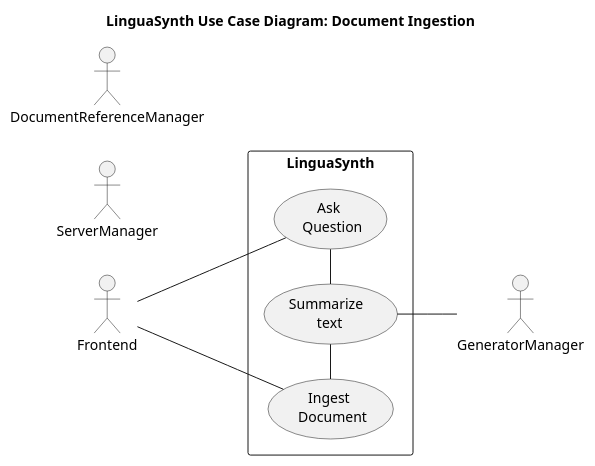
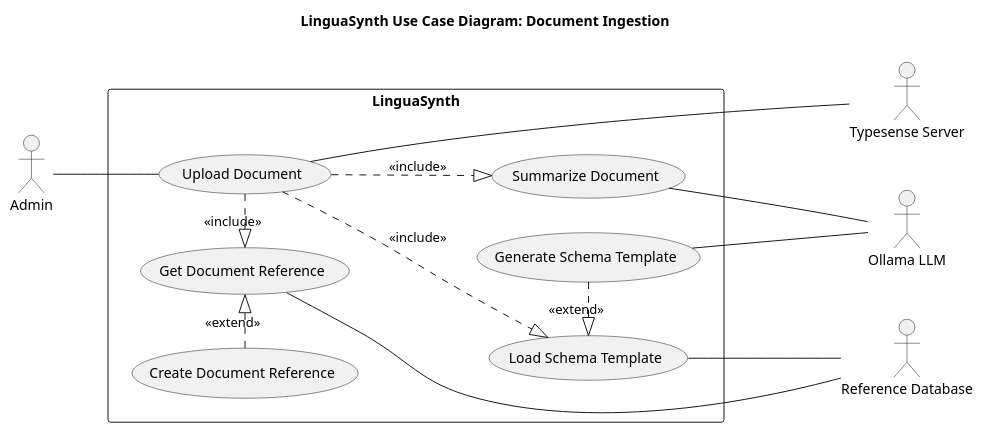
One commit to cm66Work/LinguaSynth changed the diagram in Documentation/LinguaSynthUseCaseDiagram Document Ingestion.wsd. Above: the diagram before and after it, drawn with PlantUML. The commit also changed 4 other files, not shown here.

Commit message:
Finished design documentation for use case, sequence, and component diagrams

```diff
--- a/Documentation/LinguaSynthUseCaseDiagram Document Ingestion.wsd
+++ b/Documentation/LinguaSynthUseCaseDiagram Document Ingestion.wsd
@@ -1,26 +1,44 @@
 @startuml LinguaSynth_UseCaseDiagram_DocumentIngestion
 title LinguaSynth Use Case Diagram: Document Ingestion
 left to right direction
 
-' Define Actors
-actor Frontend
-actor "GeneratorManager" as LLM 
-actor "ServerManager" as Server
-actor "DocumentReferenceManager" as SS
+' # Define Actors
+actor "Admin" as admin
+actor "Reference Database" as referenceDatabase
+actor "Typesense Server" as typesenseServer
+actor "Ollama LLM" as LLM
 
-' Define Use Cases
+' # Define Use Cases
 rectangle LinguaSynth {
-  usecase "Ingest \n Document" as ingestDocument
-  usecase "Summarize \n text" as summarizeText
-  usecase "Ask \n Question" as askQuestion 
+  usecase "Upload Document" as uploadDocument
+  usecase "Get Document Reference" as getDocumentReference
+  usecase "Create Document Reference" as createDocumentReference
+  usecase "Load Schema Template" as loadSchemaTemplate
+  usecase "Generate Schema Template" as generateSchemaTemplate
+  usecase "Summarize Document" as summarizeDocument
 }
 
+' # relations
+admin -down- uploadDocument
+uploadDocument -down-- typesenseServer
 
-' Define Relationships
-Frontend -- ingestDocument
-Frontend -- askQuestion
-summarizeText -left- ingestDocument
-summarizeText -right- askQuestion 
-summarizeText -- LLM
+uploadDocument .right.|> getDocumentReference : <<include>>
+getDocumentReference --down-- referenceDatabase
+getDocumentReference <|.left... createDocumentReference : <<extend>>
+
+uploadDocument ..|> loadSchemaTemplate : <<include>>
+loadSchemaTemplate -down- referenceDatabase
+loadSchemaTemplate <|.left. generateSchemaTemplate : <<extend>>
+generateSchemaTemplate -down- LLM
+
+uploadDocument ..|> summarizeDocument : <<include>>
+summarizeDocument -- LLM
+
+' ## Organization ##
+LinguaSynth ---[hidden]down- typesenseServer
+' typesenseServer -[hidden]right- LLM
+typesenseServer -[hidden]right- LLM
+LLM -[hidden]right- referenceDatabase
+' LLM -[hidden]right- referenceDatabase 
 
 @enduml
```
